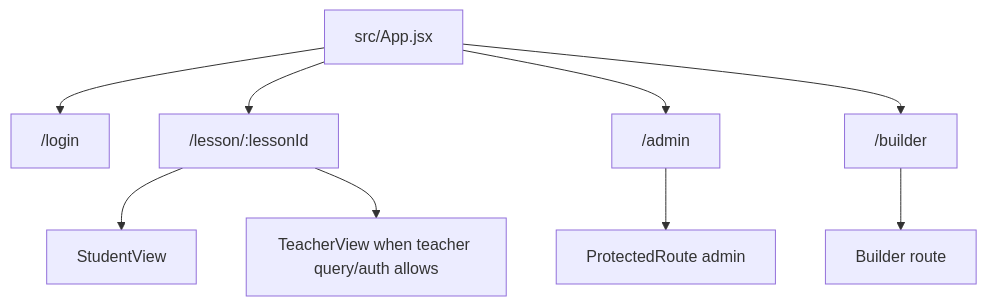
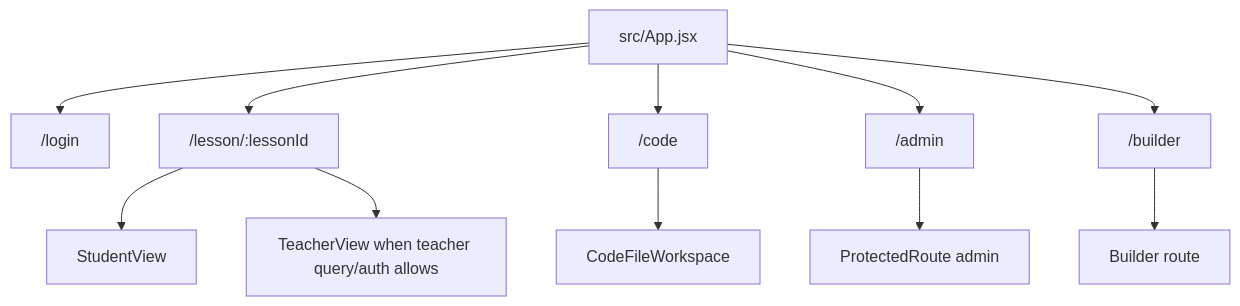
Before and after one commit to Headstart-Coding-Launchpad/editor: the first of 5 diagrams in docs/architecture/runtime-flows.md, drawn with Mermaid. The commit also changed other lines of this file and 16 other files, not shown here.

Commit message:
feat: add LaunchPad code backup workspace

````diff
--- a/docs/architecture/runtime-flows.md
+++ b/docs/architecture/runtime-flows.md
@@ -11,11 +11,13 @@
 ```mermaid
 flowchart TD
   App["src/App.jsx"] --> Login["/login"]
   App --> Lesson["/lesson/:lessonId"]
+  App --> Code["/code"]
   App --> Admin["/admin"]
   App --> Builder["/builder"]
   Lesson --> Student["StudentView"]
   Lesson --> Teacher["TeacherView when teacher query/auth allows"]
+  Code --> CodeWorkspace["CodeFileWorkspace"]
   Admin --> Protected["ProtectedRoute admin"]
   Builder --> BuilderApp["Builder route"]
 ```
````
